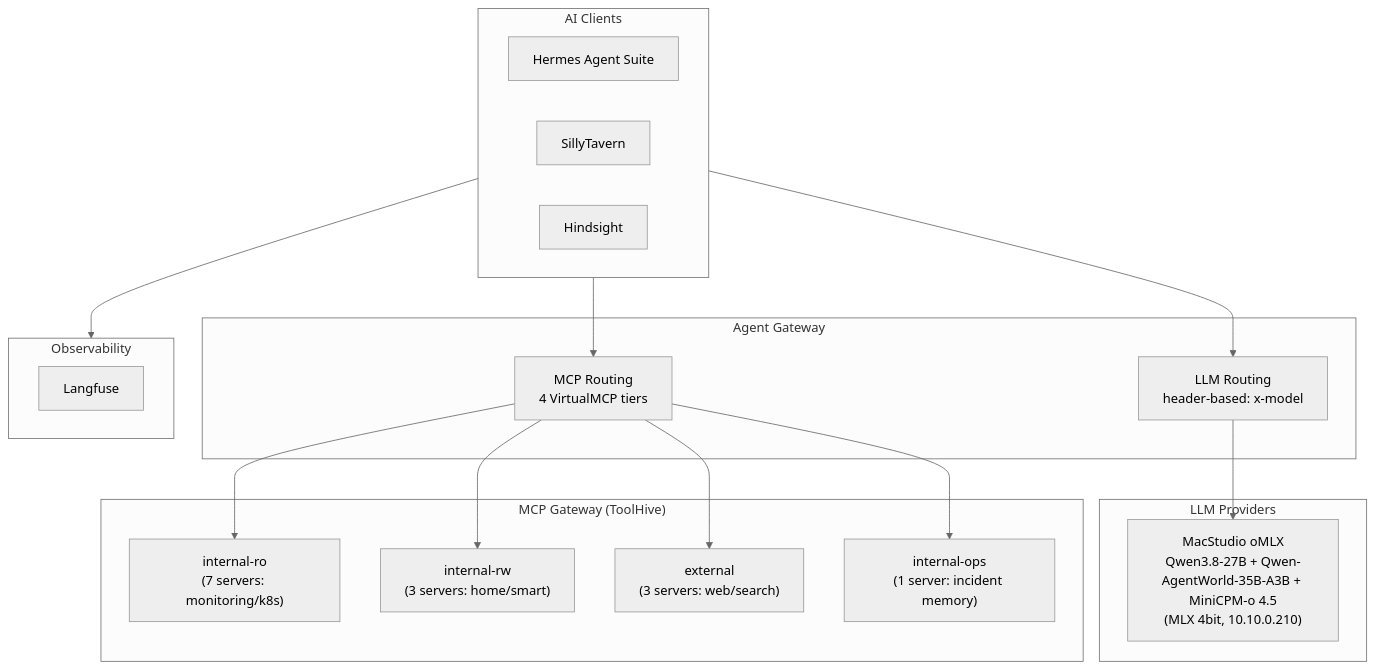
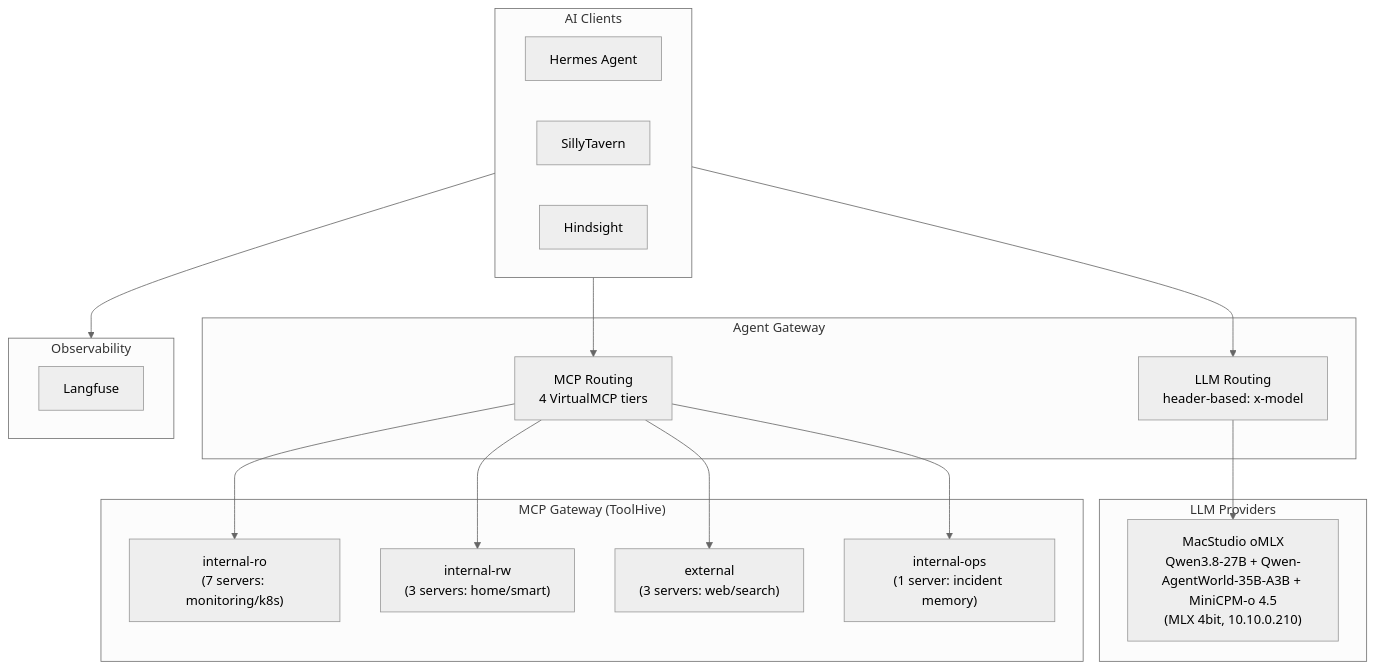
The diagram in docs/application/ai.md (soulwhisper/home-ops), drawn with Mermaid (neutral theme) before and after one commit. The commit also changed other lines of this file and 3 other files, not shown here.

First line of the commit message:
feat(hermes-agent)!: rebased onto the revived soulwhisper/hermes-agent image (#4109)

````diff
--- a/docs/application/ai.md
+++ b/docs/application/ai.md
@@ -8,37 +8,37 @@
 ```mermaid
 flowchart TB
     subgraph Clients["AI Clients"]
-        Hermes["Hermes Agent Suite"]
+        Hermes["Hermes Agent"]
         ST["SillyTavern"]
         HS["Hindsight"]
     end
 
     subgraph Gateway["Agent Gateway"]
         AG-LLM["LLM Routing<br/>header-based: x-model"]
         AG-MCP["MCP Routing<br/>4 VirtualMCP tiers"]
     end
 
     subgraph LLM["LLM Providers"]
         Studio["MacStudio oMLX<br/>Qwen3.8-27B + Qwen-AgentWorld-35B-A3B + MiniCPM-o 4.5<br/>(MLX 4bit, 10.10.0.210)"]
     end
 
     subgraph MCP["MCP Gateway (ToolHive)"]
         VMCP-RO["internal-ro<br/>(7 servers: monitoring/k8s)"]
         VMCP-RW["internal-rw<br/>(3 servers: home/smart)"]
         VMCP-EXT["external<br/>(3 servers: web/search)"]
         VMCP-OPS["internal-ops<br/>(1 server: incident memory)"]
     end
 
     subgraph Obs["Observability"]
         Langfuse["Langfuse"]
     end
 
     Clients --> AG-LLM
     Clients --> AG-MCP
     AG-LLM --> Studio
     AG-MCP --> VMCP-RO
     AG-MCP --> VMCP-RW
     AG-MCP --> VMCP-EXT
     AG-MCP --> VMCP-OPS
     Clients --> Obs
 ```
````
